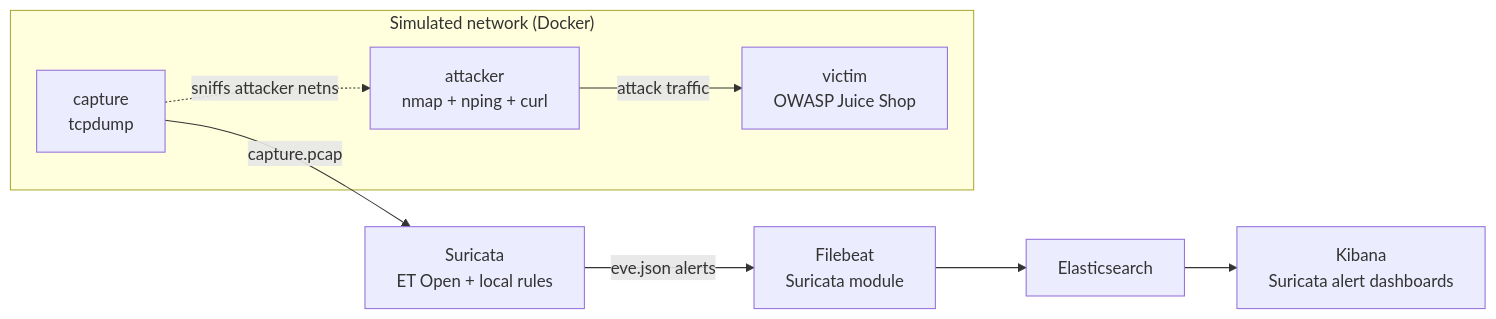
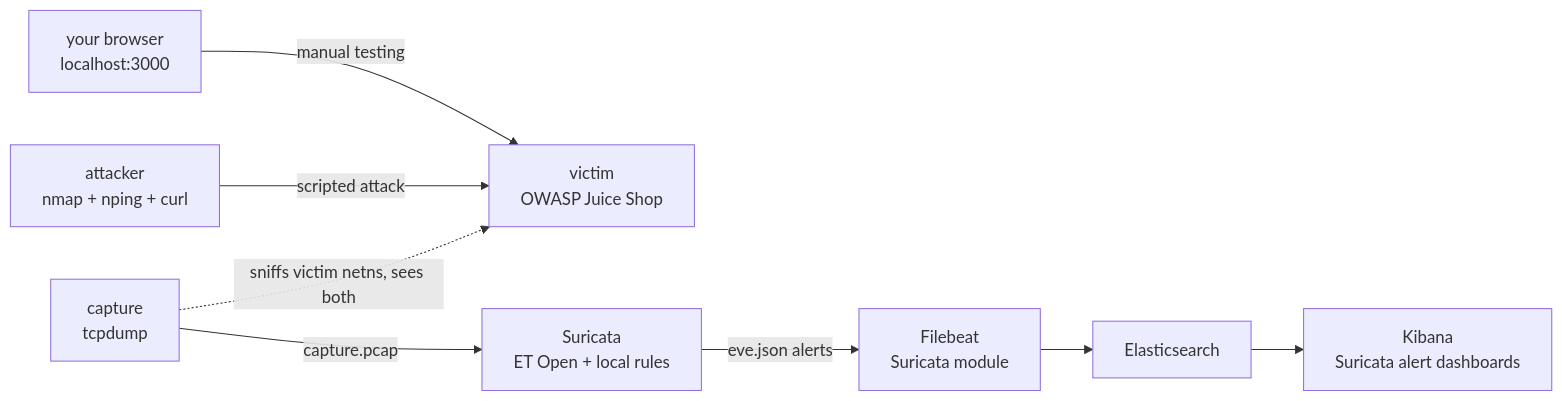
One commit to Dc0der-X/mini-soc-lab changed the diagram in README.md. Above: the diagram before and after it, drawn with Mermaid. The commit also changed other lines of this file, not shown here.

Commit message:
Update README architecture diagram and add manual-testing note for the capture fix

````diff
--- a/README.md
+++ b/README.md
@@ -15,11 +15,10 @@
 ```mermaid
 flowchart LR
-    subgraph "Simulated network (Docker)"
-        A[attacker\nnmap + nping + curl] -->|attack traffic| V[victim\nOWASP Juice Shop]
-        C[capture\ntcpdump] -.sniffs attacker netns.-> A
-    end
+    H[your browser\nlocalhost:3000] -->|manual testing| V
+    A[attacker\nnmap + nping + curl] -->|scripted attack| V[victim\nOWASP Juice Shop]
+    C[capture\ntcpdump] -.sniffs victim netns, sees both.-> V
     C -->|capture.pcap| S[Suricata\nET Open + local rules]
     S -->|eve.json alerts| F[Filebeat\nSuricata module]
     F --> E[Elasticsearch]
     E --> K[Kibana\nSuricata alert dashboards]
 ```
````
